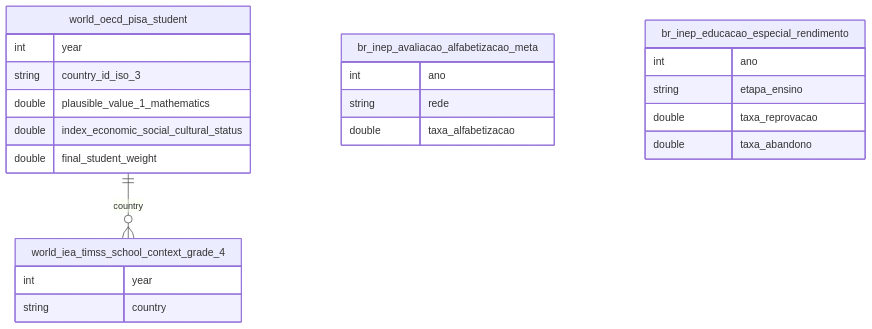
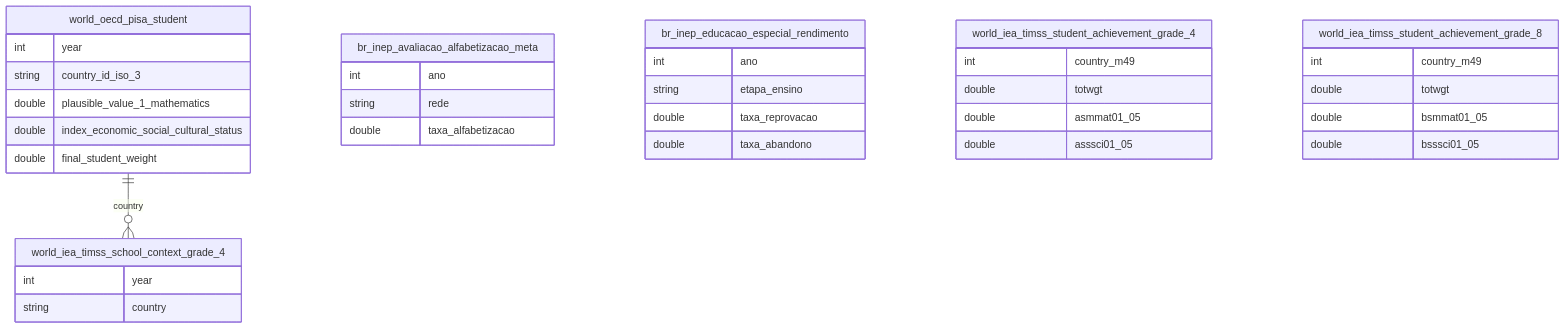
One commit to rafapolo/rodado changed the diagram in docs/mapa/overview/38_educacao_aprendizagem.md. Above: the diagram before and after it, drawn with Mermaid. The commit also changed other lines of this file and 135 other files, not shown here.

````diff
--- a/docs/mapa/overview/38_educacao_aprendizagem.md
+++ b/docs/mapa/overview/38_educacao_aprendizagem.md
@@ -2,14 +2,16 @@
 ```mermaid
 erDiagram
     world_oecd_pisa_student {
         int year
         string country_id_iso_3
         double plausible_value_1_mathematics
         double index_economic_social_cultural_status
         double final_student_weight
     }
     br_inep_avaliacao_alfabetizacao_meta { int ano string rede double taxa_alfabetizacao }
     br_inep_educacao_especial_rendimento { int ano string etapa_ensino double taxa_reprovacao double taxa_abandono }
     world_iea_timss_school_context_grade_4 { int year string country }
+    world_iea_timss_student_achievement_grade_4 { int country_m49 double totwgt double asmmat01_05 double asssci01_05 }
+    world_iea_timss_student_achievement_grade_8 { int country_m49 double totwgt double bsmmat01_05 double bsssci01_05 }
     world_oecd_pisa_student ||--o{ world_iea_timss_school_context_grade_4 : "country"
 ```
````
